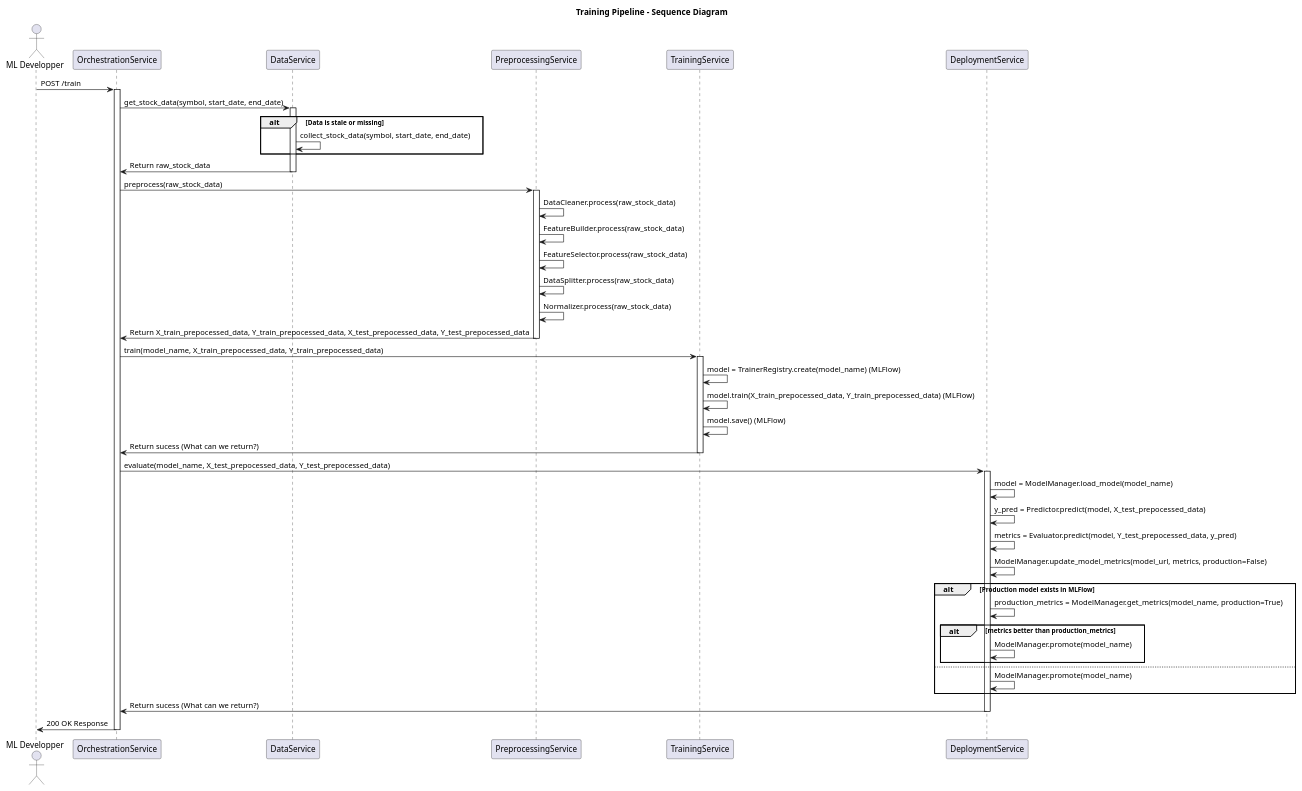
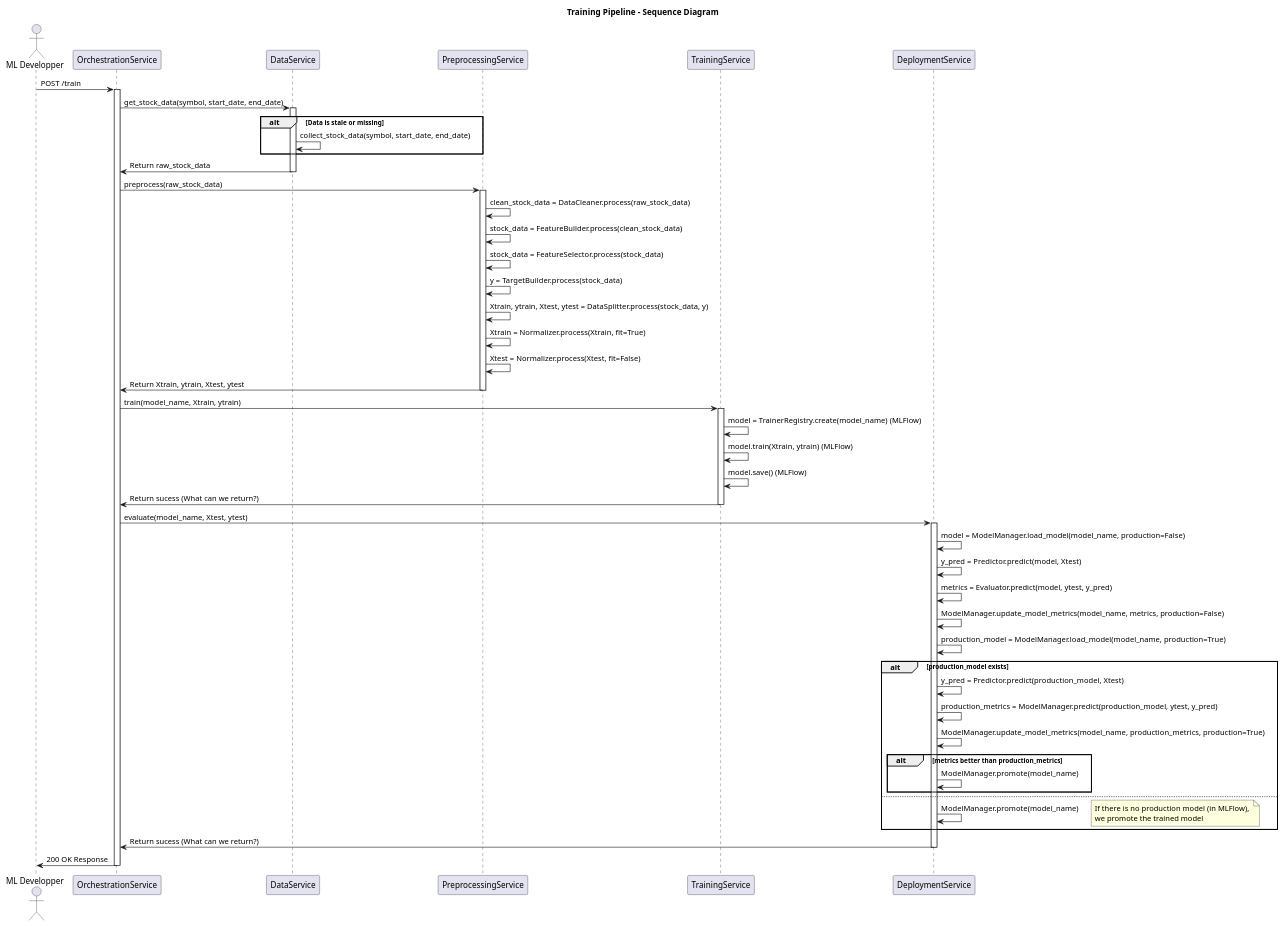
One commit to LOG795-PFE031/stock-ai_pfe031 changed the diagram in docs/monolith/Training_Pipeline_Sequence_Diagram.puml. Above: the diagram before and after it, drawn with PlantUML. The commit also changed 1 other file, not shown here.

Commit message:
TargetBuilder correction (docs)

```diff
--- a/docs/monolith/Training_Pipeline_Sequence_Diagram.puml
+++ b/docs/monolith/Training_Pipeline_Sequence_Diagram.puml
@@ -1,73 +1,82 @@
 @startuml
 
 title Training Pipeline - Sequence Diagram
 
 Actor "ML Developper" as User
 participant OrchestrationService
 participant DataService
 participant PreprocessingService
 participant TrainingService
 participant DeploymentService
 
 
 User -> OrchestrationService : POST /train
 activate OrchestrationService
 
 OrchestrationService -> DataService : get_stock_data(symbol, start_date, end_date)
 activate DataService
 
 alt Data is stale or missing
     DataService -> DataService : collect_stock_data(symbol, start_date, end_date)
 end
 DataService -> OrchestrationService : Return raw_stock_data
 deactivate DataService
 
 
 OrchestrationService -> PreprocessingService : preprocess(raw_stock_data)
 activate PreprocessingService
-PreprocessingService -> PreprocessingService : DataCleaner.process(raw_stock_data)
-PreprocessingService -> PreprocessingService : FeatureBuilder.process(raw_stock_data)
-PreprocessingService -> PreprocessingService : FeatureSelector.process(raw_stock_data)
-PreprocessingService -> PreprocessingService : DataSplitter.process(raw_stock_data)
-PreprocessingService -> PreprocessingService : Normalizer.process(raw_stock_data)
-PreprocessingService -> OrchestrationService : Return X_train_prepocessed_data, Y_train_prepocessed_data, X_test_prepocessed_data, Y_test_prepocessed_data
+PreprocessingService -> PreprocessingService : clean_stock_data = DataCleaner.process(raw_stock_data)
+PreprocessingService -> PreprocessingService : stock_data = FeatureBuilder.process(clean_stock_data)
+PreprocessingService -> PreprocessingService : stock_data = FeatureSelector.process(stock_data)
+PreprocessingService -> PreprocessingService : y = TargetBuilder.process(stock_data)
+PreprocessingService -> PreprocessingService : Xtrain, ytrain, Xtest, ytest = DataSplitter.process(stock_data, y)
+PreprocessingService -> PreprocessingService : Xtrain = Normalizer.process(Xtrain, fit=True)
+PreprocessingService -> PreprocessingService : Xtest = Normalizer.process(Xtest, fit=False)
+PreprocessingService -> OrchestrationService : Return Xtrain, ytrain, Xtest, ytest
 deactivate PreprocessingService
 
 
-OrchestrationService -> TrainingService : train(model_name, X_train_prepocessed_data, Y_train_prepocessed_data)
+OrchestrationService -> TrainingService : train(model_name, Xtrain, ytrain)
 activate TrainingService
 
 TrainingService -> TrainingService : model = TrainerRegistry.create(model_name) (MLFlow)
-TrainingService -> TrainingService : model.train(X_train_prepocessed_data, Y_train_prepocessed_data) (MLFlow)
+TrainingService -> TrainingService : model.train(Xtrain, ytrain) (MLFlow)
 TrainingService -> TrainingService : model.save() (MLFlow)
 TrainingService -> OrchestrationService : Return sucess (What can we return?)
 deactivate TrainingService
 
-OrchestrationService -> DeploymentService : evaluate(model_name, X_test_prepocessed_data, Y_test_prepocessed_data)
+OrchestrationService -> DeploymentService : evaluate(model_name, Xtest, ytest)
 activate DeploymentService
 
-DeploymentService -> DeploymentService : model = ModelManager.load_model(model_name)
-DeploymentService -> DeploymentService : y_pred = Predictor.predict(model, X_test_prepocessed_data)
-DeploymentService -> DeploymentService : metrics = Evaluator.predict(model, Y_test_prepocessed_data, y_pred)
-DeploymentService -> DeploymentService : ModelManager.update_model_metrics(model_url, metrics, production=False)
+DeploymentService -> DeploymentService : model = ModelManager.load_model(model_name, production=False)
+DeploymentService -> DeploymentService : y_pred = Predictor.predict(model, Xtest)
+DeploymentService -> DeploymentService : metrics = Evaluator.predict(model, ytest, y_pred)
+DeploymentService -> DeploymentService : ModelManager.update_model_metrics(model_name, metrics, production=False)
 
-alt Production model exists in MLFlow
+DeploymentService -> DeploymentService : production_model = ModelManager.load_model(model_name, production=True)
 
-    DeploymentService -> DeploymentService : production_metrics = ModelManager.get_metrics(model_name, production=True)
+alt production_model exists
+    DeploymentService -> DeploymentService : y_pred = Predictor.predict(production_model, Xtest)
+    DeploymentService -> DeploymentService : production_metrics = ModelManager.predict(production_model, ytest, y_pred)
+    DeploymentService -> DeploymentService : ModelManager.update_model_metrics(model_name, production_metrics, production=True)
 
     alt metrics better than production_metrics
         DeploymentService -> DeploymentService : ModelManager.promote(model_name)
     end
 
 else
     DeploymentService -> DeploymentService : ModelManager.promote(model_name)
+    note right
+    If there is no production model (in MLFlow), 
+    we promote the trained model
+    end note
 end
 
 DeploymentService -> OrchestrationService : Return sucess (What can we return?)
 deactivate DeploymentService
 
 
 OrchestrationService -> User : 200 OK Response
 deactivate OrchestrationService
 
 @enduml
```
